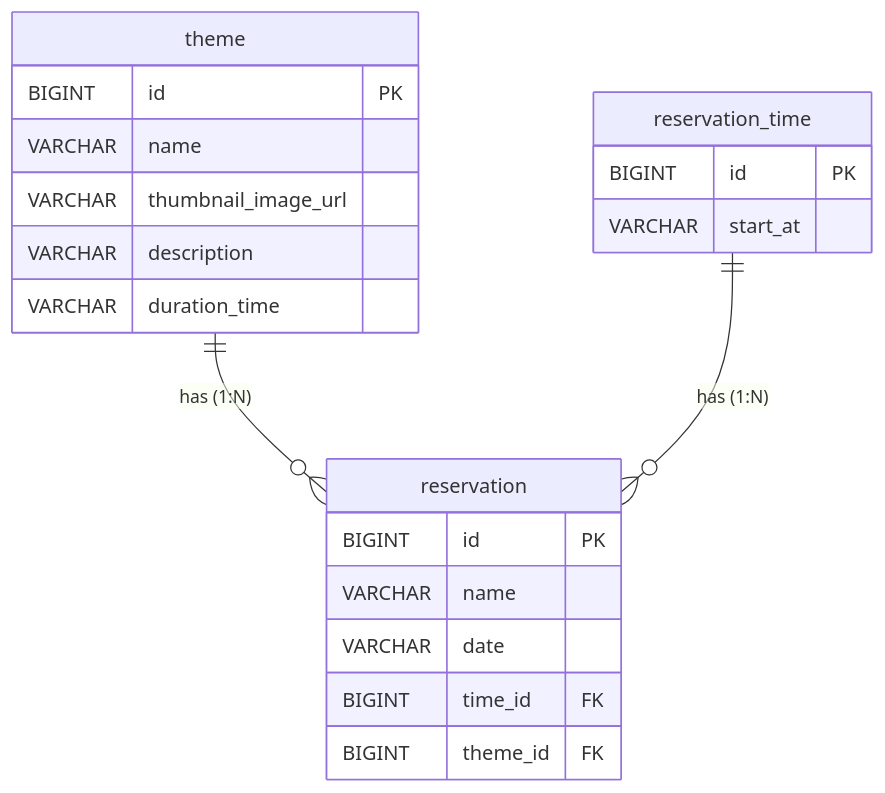
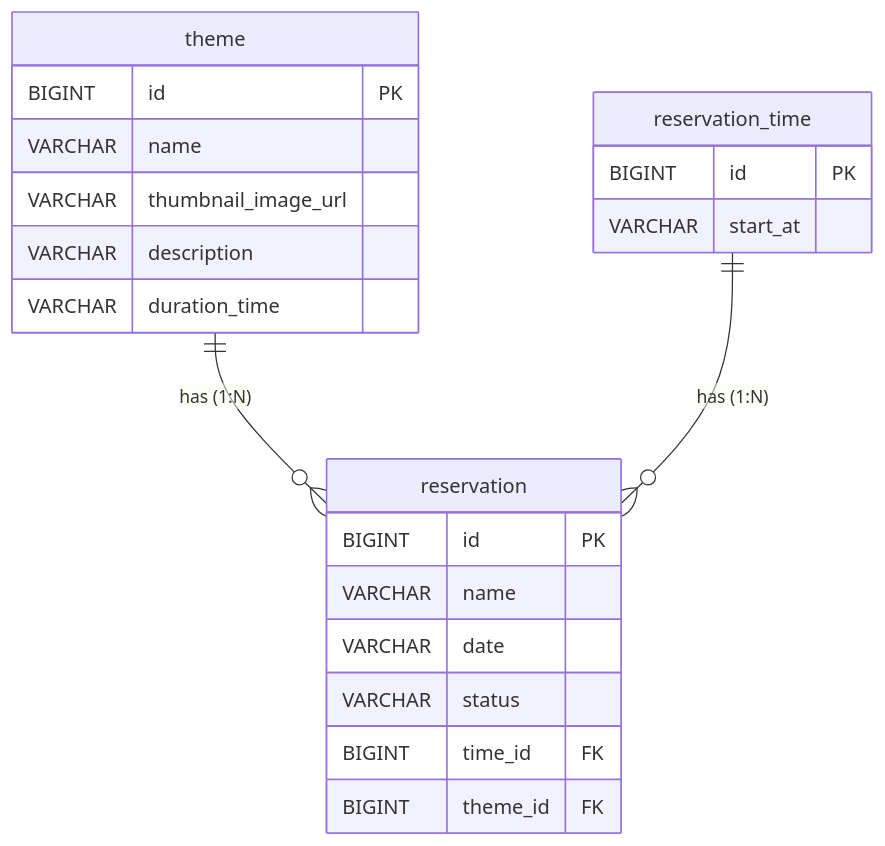
The diagram in README.md (woowacourse/spring-roomescape-member), drawn with Mermaid before and after one commit.

Commit message:
docs: ERD 수정

````diff
--- a/README.md
+++ b/README.md
@@ -26,28 +26,29 @@
 ```mermaid
 erDiagram
 %% Relationships
 theme ||--o{ reservation : "has (1:N)"
 reservation_time ||--o{ reservation : "has (1:N)"
 
     %% Tables
     theme {
         BIGINT id PK
         VARCHAR name
         VARCHAR thumbnail_image_url
         VARCHAR description
         VARCHAR duration_time
     }
 
     reservation_time {
         BIGINT id PK
         VARCHAR start_at
     }
 
     reservation {
         BIGINT id PK
         VARCHAR name
         VARCHAR date
+        VARCHAR status
         BIGINT time_id FK
         BIGINT theme_id FK
     }
 ```
````
